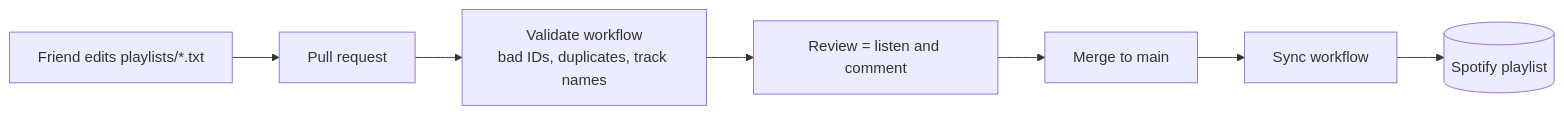
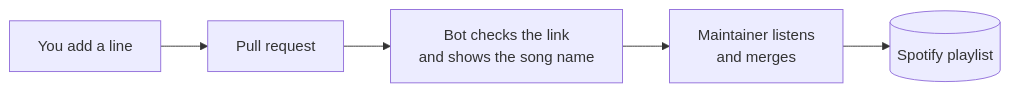
Before and after one commit to keito118/open-source-mixtape: the diagram in README.md, drawn with Mermaid. The commit also changed other lines of this file and 10 other files, not shown here.

````diff
--- a/README.md
+++ b/README.md
@@ -19,9 +42,7 @@
 ```mermaid
 flowchart LR
-  A[Friend edits playlists/*.txt] --> B[Pull request]
-  B --> C[Validate workflow<br/>bad IDs, duplicates, track names]
-  C --> D[Review = listen and comment]
-  D --> E[Merge to main]
-  E --> F[Sync workflow]
-  F --> G[(Spotify playlist)]
+  A[You add a line] --> B[Pull request]
+  B --> C[Bot checks the link<br/>and shows the song name]
+  C --> D[Maintainer listens<br/>and merges]
+  D --> E[(Spotify playlist)]
 ```
````
